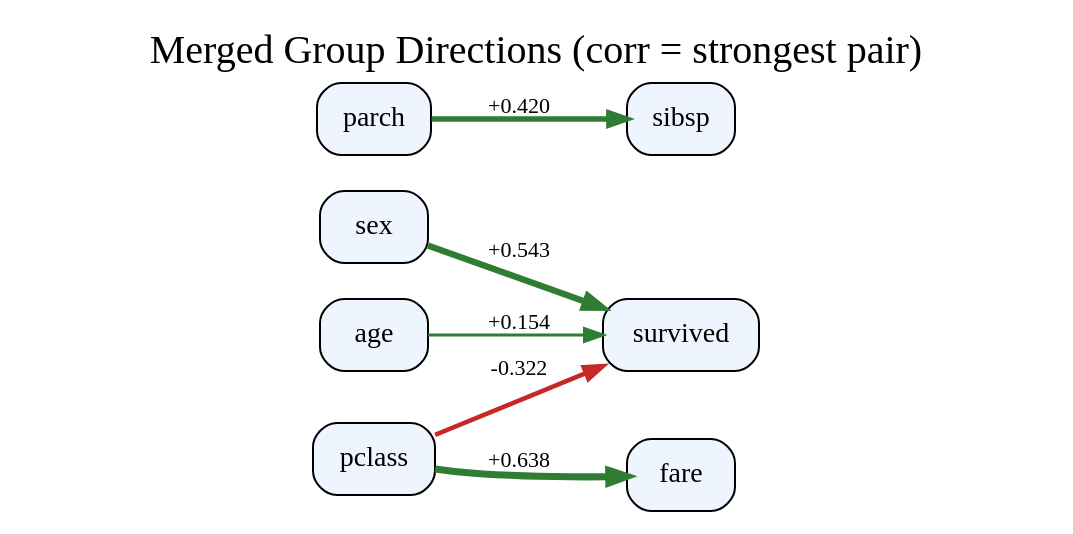
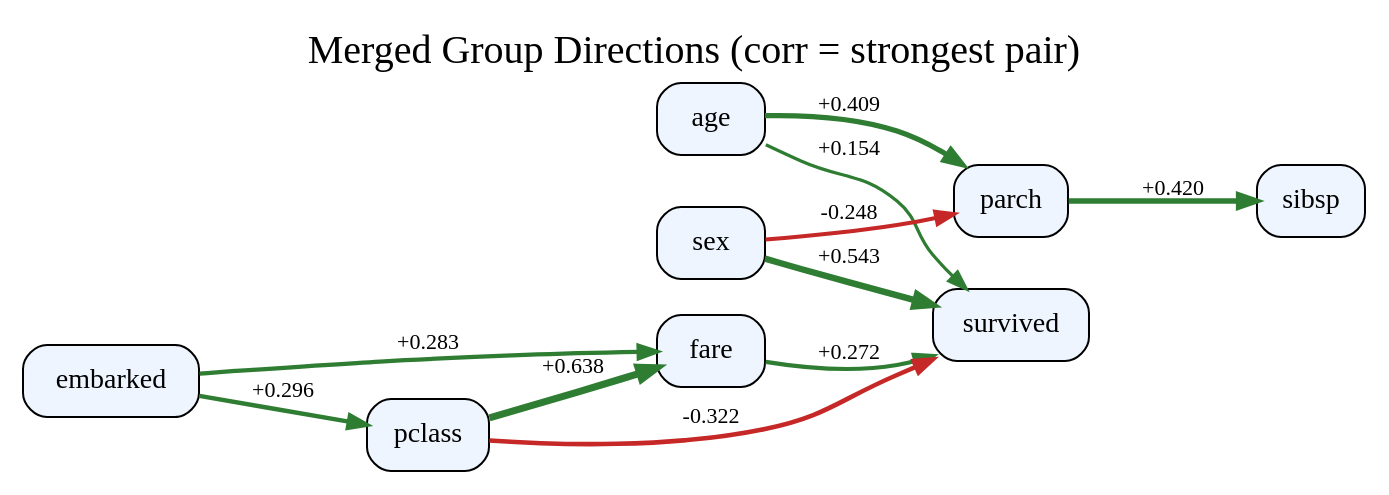
Before and after one commit to AKANEMO22/MedTCAX-Causal-Argumentative-Explainability: the diagram in causal_argumentation-main/outputs_titanic/fci_experiment/merged_groups_fci_weighted.dot, drawn with Graphviz. The commit also changed 28 other files, not shown here.

```diff
--- a/causal_argumentation-main/outputs_titanic/fci_experiment/merged_groups_fci_weighted.dot
+++ b/causal_argumentation-main/outputs_titanic/fci_experiment/merged_groups_fci_weighted.dot
@@ -1,18 +1,24 @@
 digraph G {
 rankdir=LR;
 label="Merged Group Directions (corr = strongest pair)";
 labelloc=t;
 fontsize=20;
 age [shape=box, style="rounded,filled", fillcolor="#eef5ff"];
+embarked [shape=box, style="rounded,filled", fillcolor="#eef5ff"];
 fare [shape=box, style="rounded,filled", fillcolor="#eef5ff"];
 parch [shape=box, style="rounded,filled", fillcolor="#eef5ff"];
 pclass [shape=box, style="rounded,filled", fillcolor="#eef5ff"];
 sex [shape=box, style="rounded,filled", fillcolor="#eef5ff"];
 sibsp [shape=box, style="rounded,filled", fillcolor="#eef5ff"];
 survived [shape=box, style="rounded,filled", fillcolor="#eef5ff"];
+embarked -> pclass [arrowsize=0.9, label=" +0.296 ", fontsize=11, color="#2e7d32", penwidth=2.1856907175866684];
+embarked -> fare [arrowsize=0.9, label=" +0.283 ", fontsize=11, color="#2e7d32", penwidth=2.131628284544541];
+pclass -> survived [arrowsize=0.9, label=" -0.322 ", fontsize=11, color="#c62828", penwidth=2.2892334294918806];
+sex -> parch [arrowsize=0.9, label=" -0.248 ", fontsize=11, color="#c62828", penwidth=1.9900907139670658];
+fare -> survived [arrowsize=0.9, label=" +0.272 ", fontsize=11, color="#2e7d32", penwidth=2.0897039893171288];
+sex -> survived [arrowsize=0.9, label=" +0.543 ", fontsize=11, color="#2e7d32", penwidth=3.17340552263102];
+age -> parch [arrowsize=0.9, label=" +0.409 ", fontsize=11, color="#2e7d32", penwidth=2.6369918056082815];
+age -> survived [arrowsize=0.9, label=" +0.154 ", fontsize=11, color="#2e7d32", penwidth=1.6177861699496239];
 parch -> sibsp [arrowsize=0.9, label=" +0.420 ", fontsize=11, color="#2e7d32", penwidth=2.680932707475021];
-pclass -> survived [arrowsize=0.9, label=" -0.322 ", fontsize=11, color="#c62828", penwidth=2.2892334294918806];
-sex -> survived [arrowsize=0.9, label=" +0.543 ", fontsize=11, color="#2e7d32", penwidth=3.17340552263102];
-age -> survived [arrowsize=0.9, label=" +0.154 ", fontsize=11, color="#2e7d32", penwidth=1.6177861699496239];
 pclass -> fare [arrowsize=0.9, label=" +0.638 ", fontsize=11, color="#2e7d32", penwidth=3.5529025850904143];
 }
```
